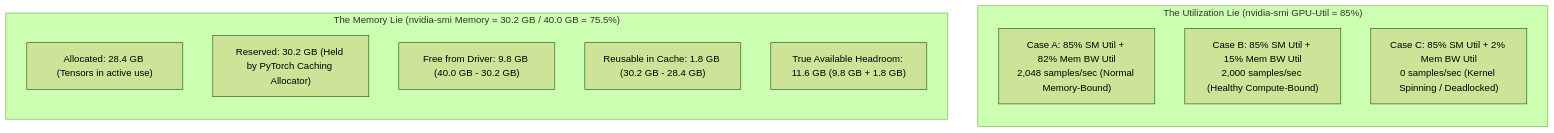
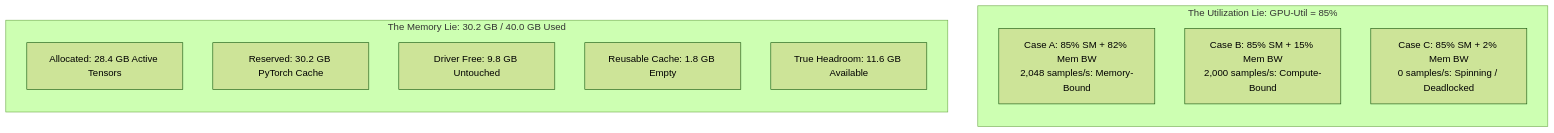
The second of 4 diagrams in docs/part-10-gpu-cuda/08-operating-gpu-nodes-nvidia-smi-topology-clocks-and-throttling.md (jithinpnjm/ai-infra-handbook), drawn with Mermaid (forest theme) before and after one commit. The commit also changed other lines of this file and 503 other files, not shown here.

````diff
--- a/docs/part-10-gpu-cuda/08-operating-gpu-nodes-nvidia-smi-topology-clocks-and-throttling.md
+++ b/docs/part-10-gpu-cuda/08-operating-gpu-nodes-nvidia-smi-topology-clocks-and-throttling.md
@@ -134,18 +99,18 @@
 ```mermaid
 flowchart TD
-    subgraph Lie1["The Utilization Lie (nvidia-smi GPU-Util = 85%)"]
+    subgraph Lie1["The Utilization Lie: GPU-Util = 85%"]
         direction TB
-        CaseA["Case A: 85% SM Util + 82% Mem BW Util<br/>2,048 samples/sec (Normal Memory-Bound)"]
-        CaseB["Case B: 85% SM Util + 15% Mem BW Util<br/>2,000 samples/sec (Healthy Compute-Bound)"]
-        CaseC["Case C: 85% SM Util + 2% Mem BW Util<br/>0 samples/sec (Kernel Spinning / Deadlocked)"]
+        CaseA["Case A: 85% SM + 82% Mem BW<br/>2,048 samples/s: Memory-Bound"]
+        CaseB["Case B: 85% SM + 15% Mem BW<br/>2,000 samples/s: Compute-Bound"]
+        CaseC["Case C: 85% SM + 2% Mem BW<br/>0 samples/s: Spinning / Deadlocked"]
     end
 
-    subgraph Lie2["The Memory Lie (nvidia-smi Memory = 30.2 GB / 40.0 GB = 75.5%)"]
+    subgraph Lie2["The Memory Lie: 30.2 GB / 40.0 GB Used"]
         direction TB
-        Alloc["Allocated: 28.4 GB (Tensors in active use)"]
-        Res["Reserved: 30.2 GB (Held by PyTorch Caching Allocator)"]
-        FreeDrv["Free from Driver: 9.8 GB (40.0 GB - 30.2 GB)"]
-        Reusable["Reusable in Cache: 1.8 GB (30.2 GB - 28.4 GB)"]
-        TrueFree["True Available Headroom: 11.6 GB (9.8 GB + 1.8 GB)"]
+        Alloc["Allocated: 28.4 GB Active Tensors"]
+        Res["Reserved: 30.2 GB PyTorch Cache"]
+        FreeDrv["Driver Free: 9.8 GB Untouched"]
+        Reusable["Reusable Cache: 1.8 GB Empty"]
+        TrueFree["True Headroom: 11.6 GB Available"]
     end
 ```
````
